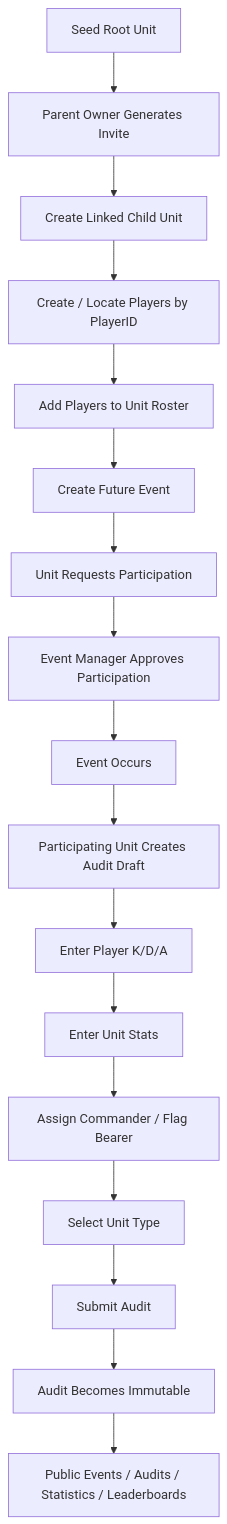
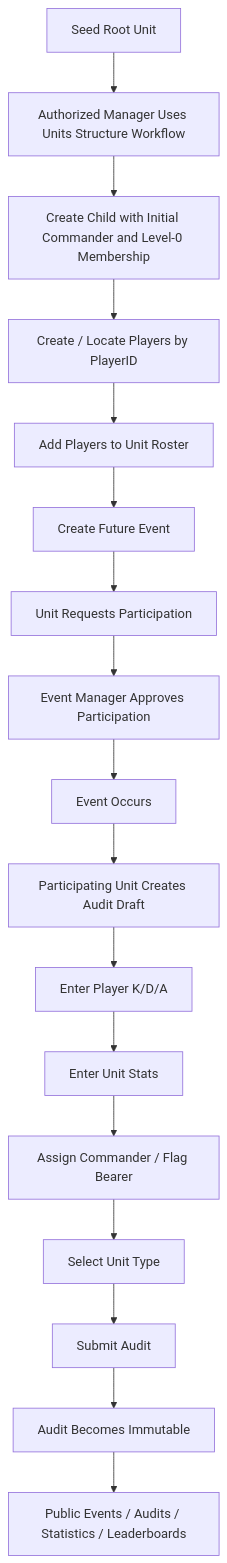
Before and after one commit to n-nu/morale.gg: the third of 3 diagrams in docs/architecture.md, drawn with Mermaid. The commit also changed other lines of this file and 29 other files, not shown here.

````diff
--- a/docs/architecture.md
+++ b/docs/architecture.md
@@ -451,38 +404,38 @@
 ```mermaid
 flowchart TD
 
     A[Seed Root Unit]
-    B[Parent Owner Generates Invite]
-    C[Create Linked Child Unit]
+    B[Authorized Manager Uses Units Structure Workflow]
+    C[Create Child with Initial Commander and Level-0 Membership]
     D[Create / Locate Players by PlayerID]
     E[Add Players to Unit Roster]
     F[Create Future Event]
     G[Unit Requests Participation]
     H[Event Manager Approves Participation]
     I[Event Occurs]
     J[Participating Unit Creates Audit Draft]
     K[Enter Player K/D/A]
     L[Enter Unit Stats]
     M[Assign Commander / Flag Bearer]
     N[Select Unit Type]
     O[Submit Audit]
     P[Audit Becomes Immutable]
     Q[Public Events / Audits / Statistics / Leaderboards]
 
     A --> B
     B --> C
     C --> D
     D --> E
     E --> F
     F --> G
     G --> H
     H --> I
     I --> J
     J --> K
     K --> L
     L --> M
     M --> N
     N --> O
     O --> P
     P --> Q
 ```
````
